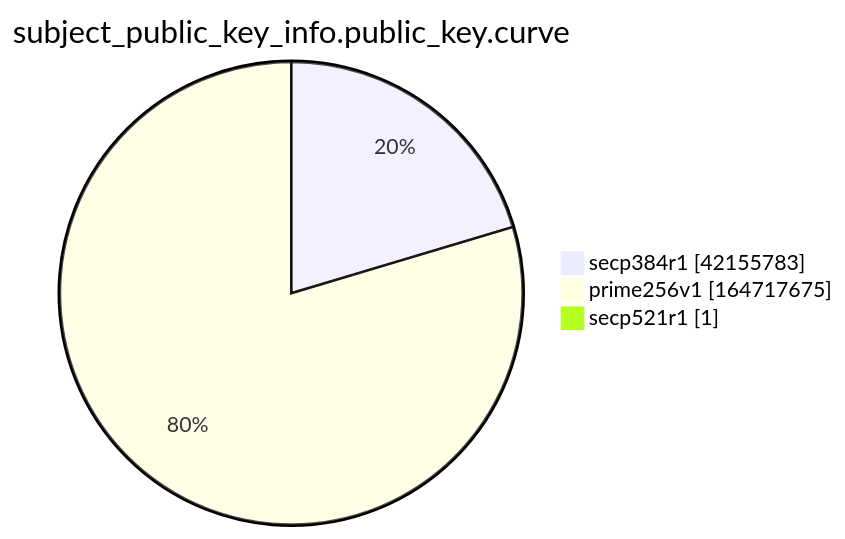
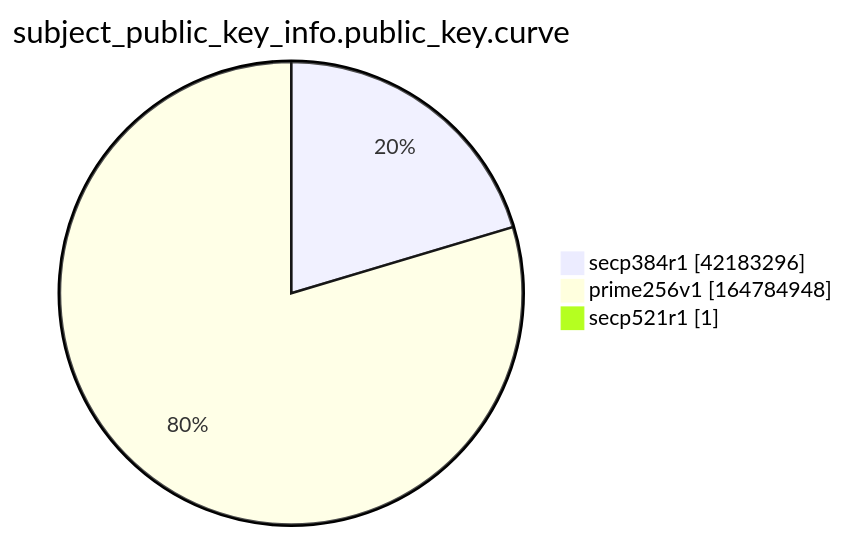
The ninth of 15 diagrams in xenon2022/README.md (christiankrug/ctmonitor_visualization), drawn with Mermaid before and after one commit. The commit also changed other lines of this file, not shown here.

````diff
--- a/xenon2022/README.md
+++ b/xenon2022/README.md
@@ -2869,7 +2869,7 @@
 ```mermaid
 pie showData
 title subject_public_key_info.public_key.curve
-"secp384r1" :42155783
-"prime256v1" :164717675
+"secp384r1" :42183296
+"prime256v1" :164784948
 "secp521r1" :1
 ```
````
